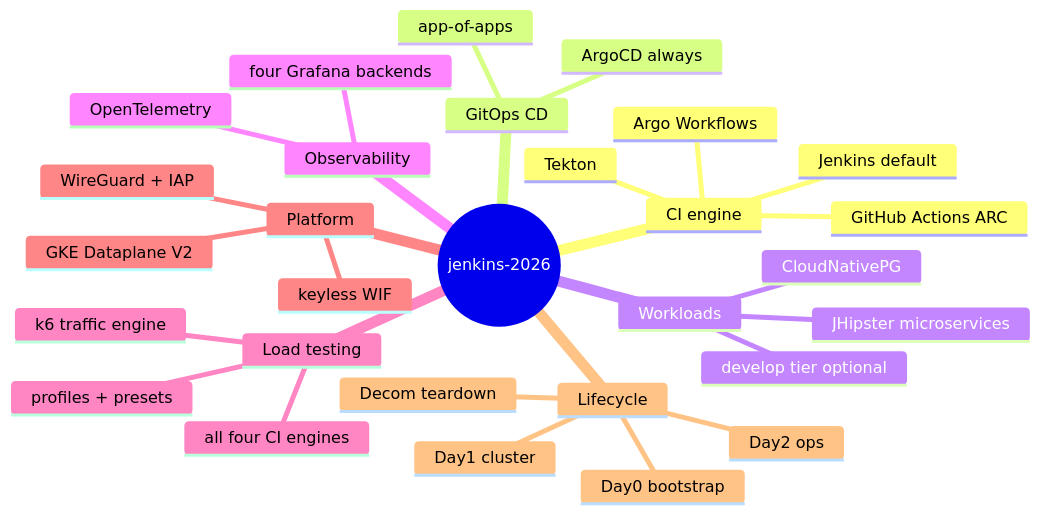
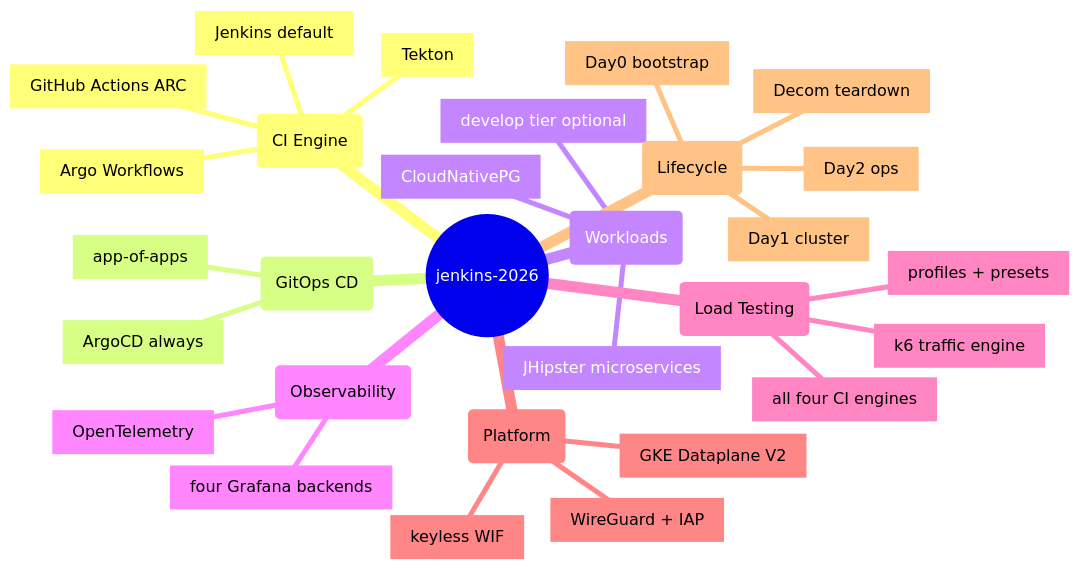
The first of 4 diagrams in README.md (nubenetes/jenkins-2026), drawn with Mermaid before and after one commit. The commit also changed other lines of this file and 38 other files, not shown here.

````diff
--- a/README.md
+++ b/README.md
@@ -79,32 +79,32 @@
 ```mermaid
 mindmap
   root((jenkins-2026))
-    CI engine
-      Jenkins default
-      Tekton
-      GitHub Actions ARC
-      Argo Workflows
-    GitOps CD
-      ArgoCD always
-      app-of-apps
-    Workloads
-      JHipster microservices
-      CloudNativePG
-      develop tier optional
-    Observability
-      OpenTelemetry
-      four Grafana backends
-    Load testing
-      k6 traffic engine
-      profiles + presets
-      all four CI engines
-    Platform
-      GKE Dataplane V2
-      WireGuard + IAP
-      keyless WIF
-    Lifecycle
-      Day0 bootstrap
-      Day1 cluster
-      Day2 ops
-      Decom teardown
+    (CI Engine)
+      [Jenkins default]
+      [Tekton]
+      [GitHub Actions ARC]
+      [Argo Workflows]
+    (GitOps CD)
+      [ArgoCD always]
+      [app-of-apps]
+    (Workloads)
+      [JHipster microservices]
+      [CloudNativePG]
+      [develop tier optional]
+    (Observability)
+      [OpenTelemetry]
+      [four Grafana backends]
+    (Load Testing)
+      [k6 traffic engine]
+      [profiles + presets]
+      [all four CI engines]
+    (Platform)
+      [GKE Dataplane V2]
+      [WireGuard + IAP]
+      [keyless WIF]
+    (Lifecycle)
+      [Day0 bootstrap]
+      [Day1 cluster]
+      [Day2 ops]
+      [Decom teardown]
 ```
````
